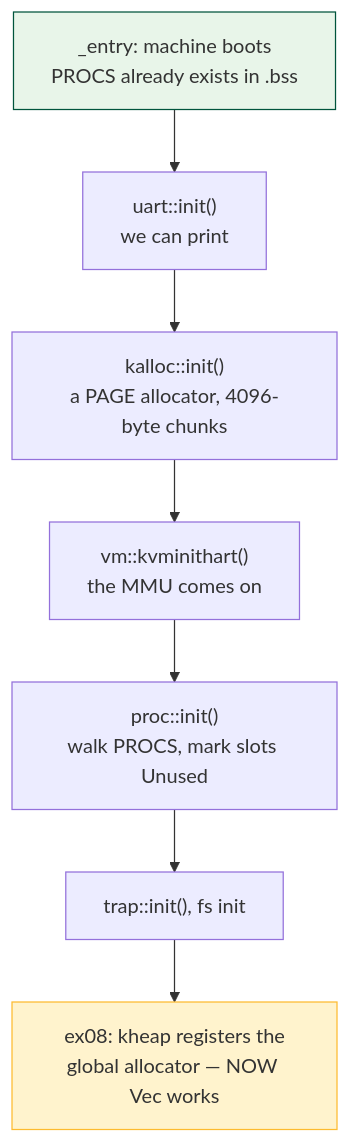
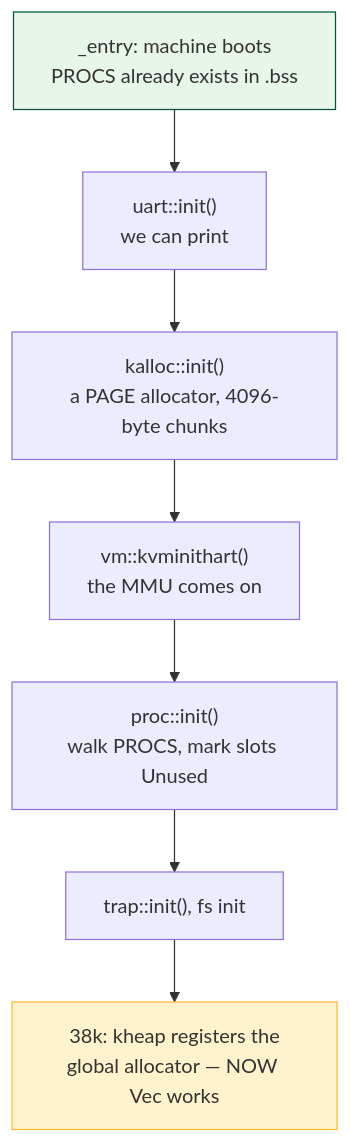
Before and after one commit to USF-CS326-F26/USF-CS326-F26.github.io: the diagram in docs/lectures/03-cs326-2026-09-08-collections-slices-and-fixed-tables.md, drawn with Mermaid. The commit also changed other lines of this file and 73 other files, not shown here.

````diff
--- a/docs/lectures/03-cs326-2026-09-08-collections-slices-and-fixed-tables.md
+++ b/docs/lectures/03-cs326-2026-09-08-collections-slices-and-fixed-tables.md
@@ -333,11 +334,11 @@
 ```mermaid
 flowchart TD
     A["_entry: machine boots\nPROCS already exists in .bss"] --> B["uart::init()\nwe can print"]
     B --> C["kalloc::init()\na PAGE allocator, 4096-byte chunks"]
     C --> D["vm::kvminithart()\nthe MMU comes on"]
     D --> E["proc::init()\nwalk PROCS, mark slots Unused"]
     E --> F["trap::init(), fs init"]
-    F --> G["ex08: kheap registers the\nglobal allocator — NOW Vec works"]
+    F --> G["38k: kheap registers the\nglobal allocator — NOW Vec works"]
     style A fill:#e8f5e9,stroke:#00543c
     style G fill:#fff3cd,stroke:#FDBB30
 ```
````
